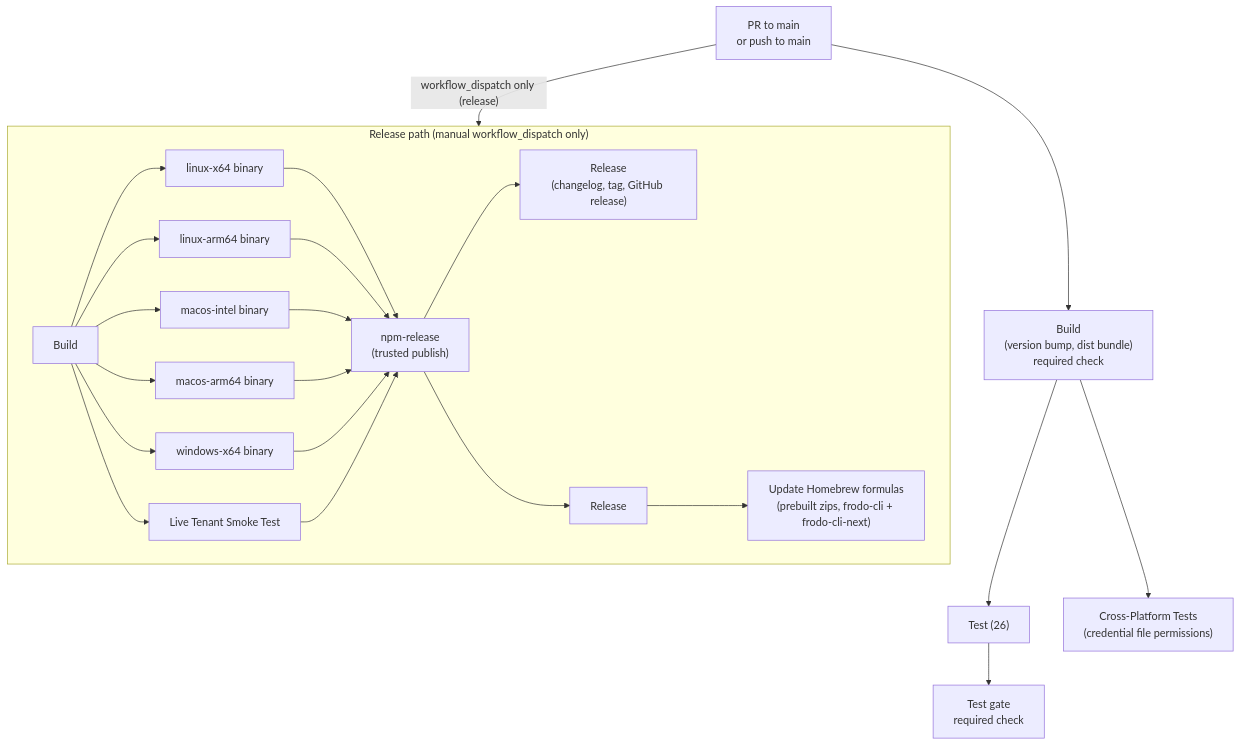
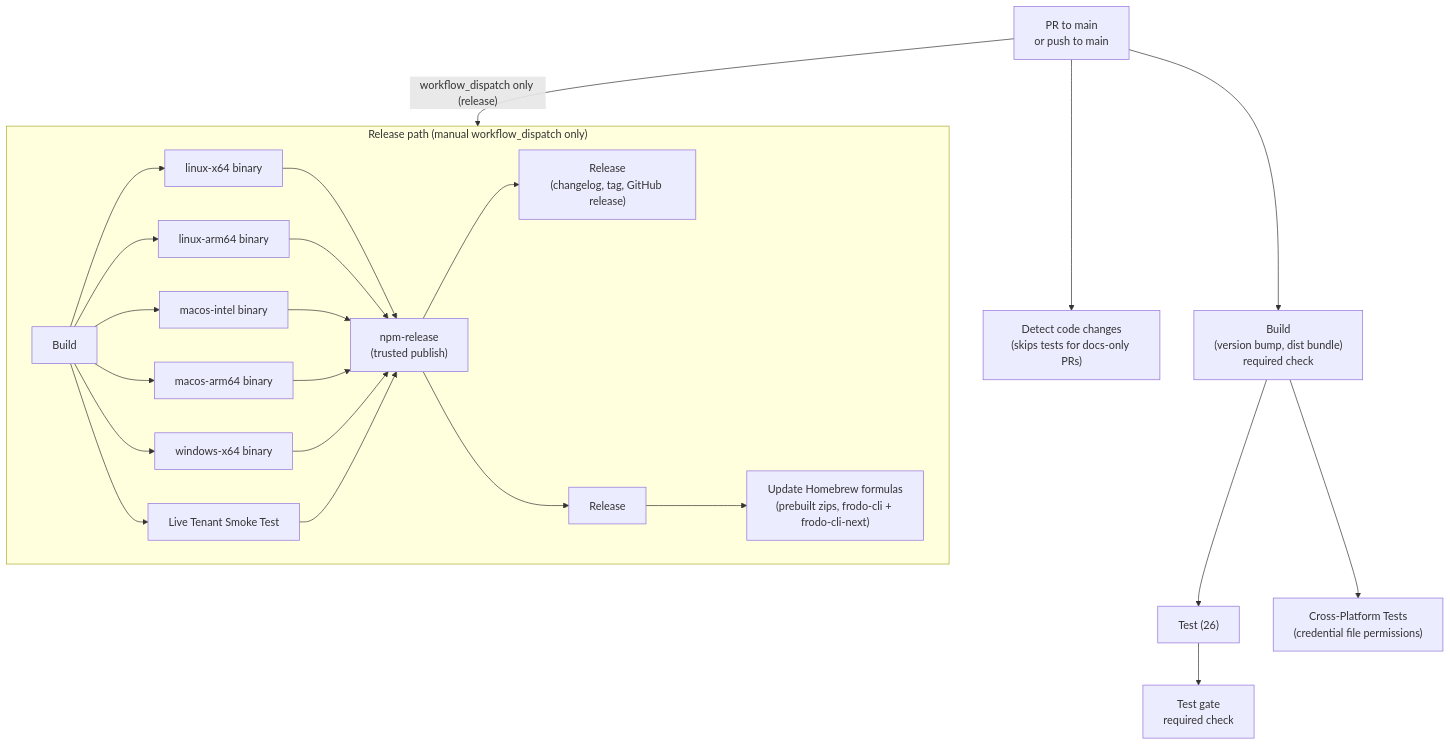
The diagram in docs/PIPELINE.md (rockcarver/frodo-cli), drawn with Mermaid before and after one commit. The commit also changed other lines of this file and 1 other file, not shown here.

Commit message:
chore: add code change detection to skip tests for non-code PRs

````diff
--- a/docs/PIPELINE.md
+++ b/docs/PIPELINE.md
@@ -14,22 +14,23 @@
 ```mermaid
 flowchart TD
-    PR["PR to main<br/>or push to main"] --> B["Build<br/>(version bump, dist bundle)<br/>required check"]
+    PR["PR to main<br/>or push to main"] --> CH["Detect code changes<br/>(skips tests for docs-only PRs)"]
+    PR --> B["Build<br/>(version bump, dist bundle)<br/>required check"]
     B --> T["Test (26)"]
     B --> X["Cross-Platform Tests<br/>(credential file permissions)"]
     T --> TG["Test gate<br/>required check"]
     PR -->|"workflow_dispatch only (release)"| RELPATH["Release path"]
 
     subgraph RELPATH ["Release path (manual workflow_dispatch only)"]
         B2["Build"] --> TL["Live Tenant Smoke Test"]
         B2 --> LX["linux-x64 binary"]
         B2 --> LA["linux-arm64 binary"]
         B2 --> MI["macos-intel binary"]
         B2 --> MA["macos-arm64 binary"]
         B2 --> WI["windows-x64 binary"]
         LX & LA & MI & MA & WI --> NR["npm-release<br/>(trusted publish)"]
         TL --> NR
         NR --> R["Release<br/>(changelog, tag, GitHub release)"]
         R2["Release"] --> HB["Update Homebrew formulas<br/>(prebuilt zips, frodo-cli + frodo-cli-next)"]
         NR --> R2
     end
 ```
````
